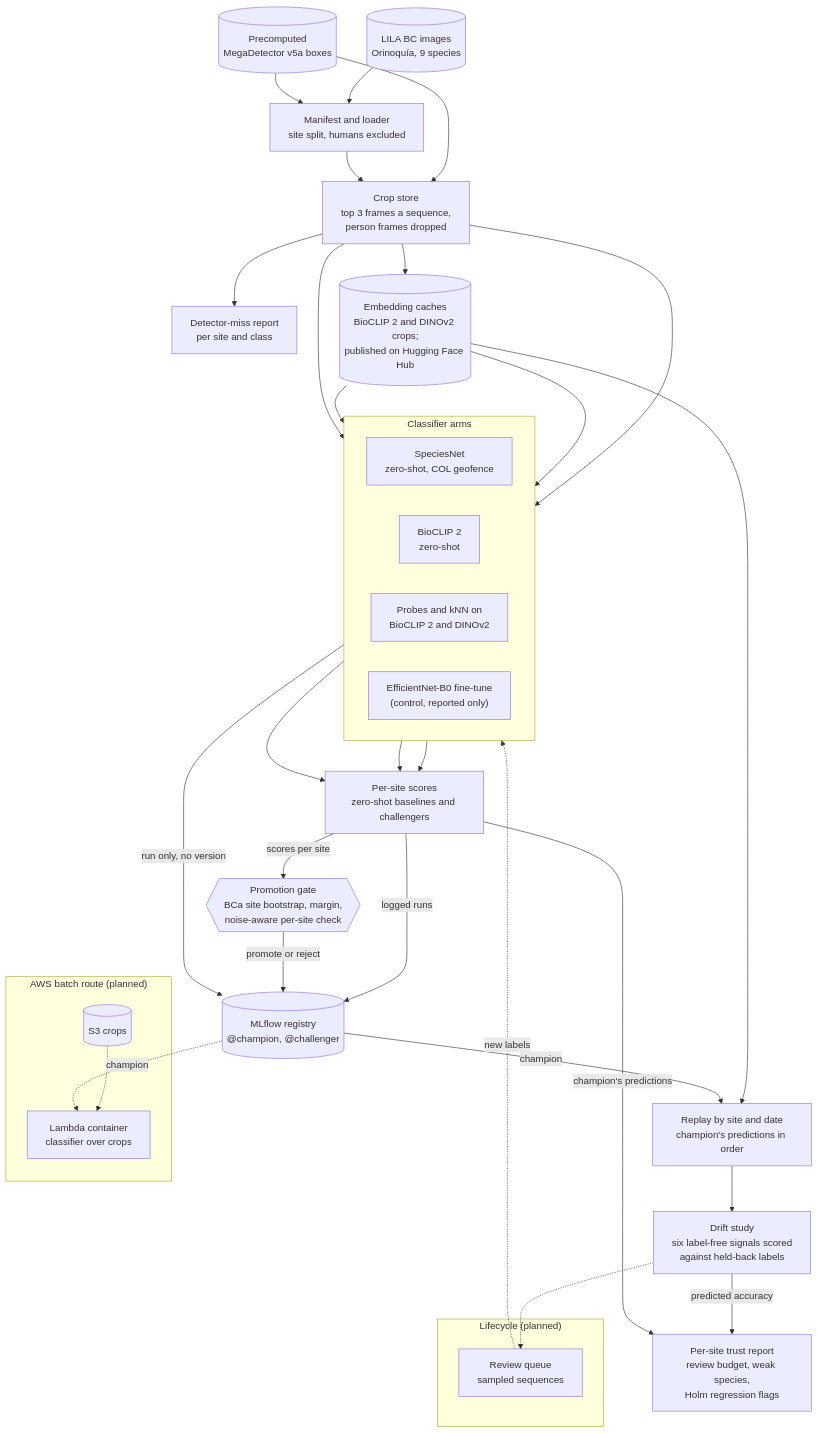
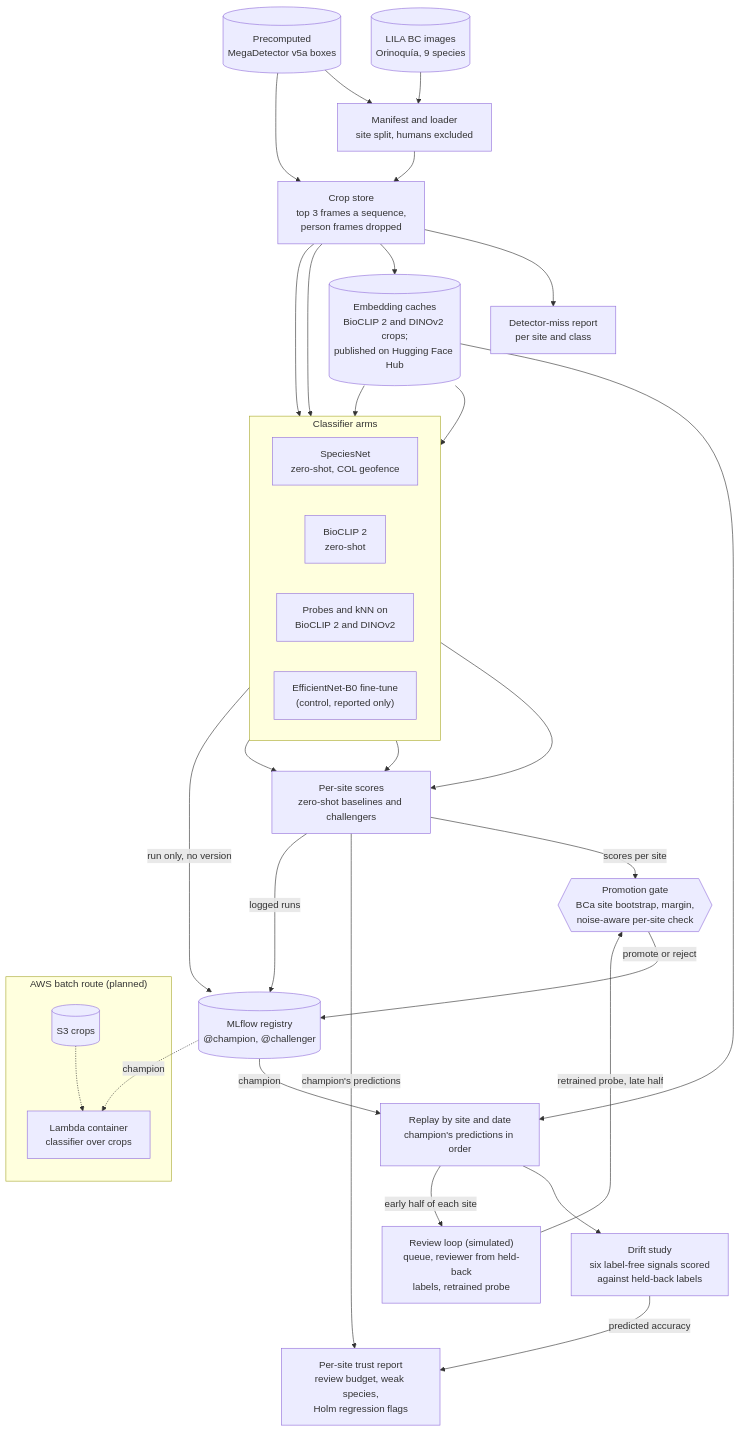
One commit to benmacp123/camera-trap-mlops changed the diagram in README.md. Above: the diagram before and after it, drawn with Mermaid. The commit also changed other lines of this file and 18 other files, not shown here.

First line of the commit message:
Implement review queue strategies and simulate review loop

````diff
--- a/README.md
+++ b/README.md
@@ -366,57 +430,55 @@
 ```mermaid
 flowchart TB
     lila[("LILA BC images<br>Orinoquía, 9 species")] --> manifest["Manifest and loader<br>site split, humans excluded"]
     mdv5a[("Precomputed<br>MegaDetector v5a boxes")] --> manifest
     mdv5a --> crops["Crop store<br>top 3 frames a sequence,<br>person frames dropped"]
     manifest --> crops
     crops --> misses["Detector-miss report<br>per site and class"]
     crops --> embeddings[("Embedding caches<br>BioCLIP 2 and DINOv2 crops;<br>published on Hugging Face Hub")]
 
     subgraph arms ["Classifier arms"]
         direction LR
         speciesnet["SpeciesNet<br>zero-shot, COL geofence"]
         bioclip["BioCLIP 2<br>zero-shot"]
         probe["Probes and kNN on<br>BioCLIP 2 and DINOv2"]
         cnn["EfficientNet-B0 fine-tune<br>(control, reported only)"]
     end
 
     crops --> speciesnet
     embeddings --> bioclip
     embeddings --> probe
     crops --> cnn
 
     speciesnet --> baselines["Per-site scores<br>zero-shot baselines and challengers"]
     bioclip --> baselines
     probe --> baselines
 
     gate{{"Promotion gate<br>BCa site bootstrap, margin,<br>noise-aware per-site check"}}
 
     mlflow[("MLflow registry<br>@champion, @challenger")]
 
     report["Per-site trust report<br>review budget, weak species,<br>Holm regression flags"]
 
     replay["Replay by site and date<br>champion's predictions in order"]
     drift["Drift study<br>six label-free signals scored<br>against held-back labels"]
 
-    subgraph lifecycle ["Lifecycle (planned)"]
-        review["Review queue<br>sampled sequences"]
-    end
+    review["Review loop (simulated)<br>queue, reviewer from held-back<br>labels, retrained probe"]
 
     embeddings --> replay
     mlflow -- "champion" --> replay --> drift
     drift -- "predicted accuracy" --> report
-    drift -.-> review
+    replay -- "early half of each site" --> review
 
     baselines -- "scores per site" --> gate
     baselines -- "champion's predictions" --> report
     baselines -- "logged runs" --> mlflow
     cnn -- "run only, no version" --> mlflow
     gate -- "promote or reject" --> mlflow
-    review -. "new labels" .-> arms
+    review -- "retrained probe, late half" --> gate
 
     subgraph aws ["AWS batch route (planned)"]
         s3[("S3 crops")] -.-> lambda["Lambda container<br>classifier over crops"]
     end
 
     mlflow -. "champion" .-> lambda
 ```
````
